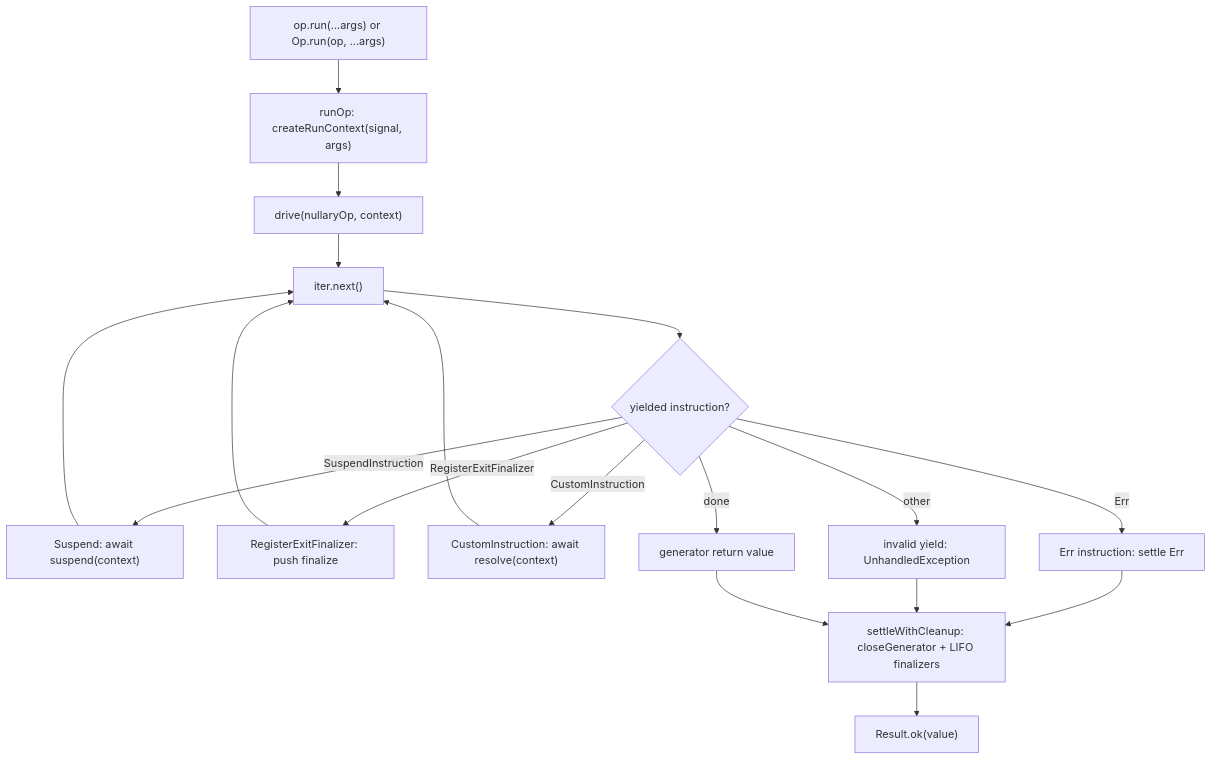
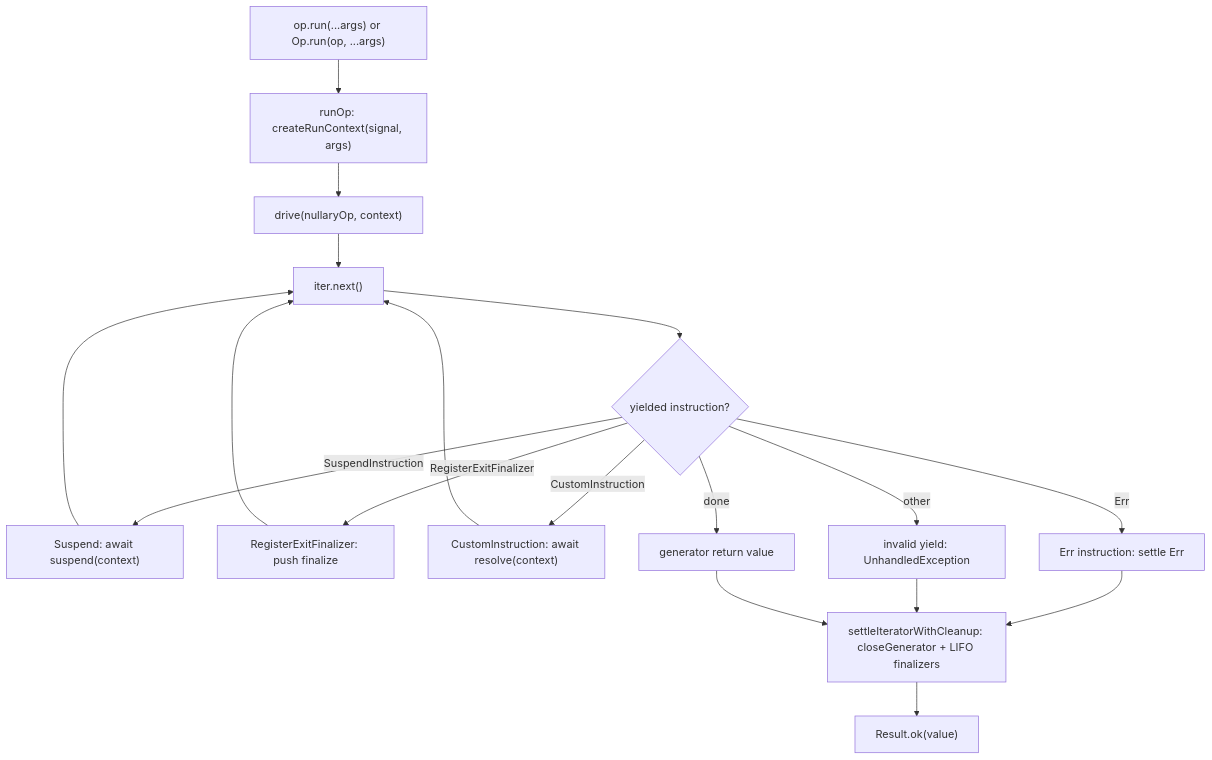
Before and after one commit to trvswgnr/prodkit: the diagram in docs/contributor/runtime-architecture.md, drawn with Mermaid. The commit also changed 3 other files, not shown here.

````diff
--- a/docs/contributor/runtime-architecture.md
+++ b/docs/contributor/runtime-architecture.md
@@ -179,25 +179,25 @@
 ```mermaid
 flowchart TD
   run["op.run(...args) or Op.run(op, ...args)"]
   runOp["runOp: createRunContext(signal, args)"]
   drive["drive(nullaryOp, context)"]
   next["iter.next()"]
   dispatch{"yielded instruction?"}
   suspend["Suspend: await suspend(context)"]
   finalizer["RegisterExitFinalizer: push finalize"]
   custom["CustomInstruction: await resolve(context)"]
   err["Err instruction: settle Err"]
   invalid["invalid yield: UnhandledException"]
   done["generator return value"]
-  settle["settleWithCleanup: closeGenerator + LIFO finalizers"]
+  settle["settleIteratorWithCleanup: closeGenerator + LIFO finalizers"]
   ok["Result.ok(value)"]
 
   run --> runOp --> drive --> next --> dispatch
   dispatch -->|SuspendInstruction| suspend --> next
   dispatch -->|RegisterExitFinalizer| finalizer --> next
   dispatch -->|CustomInstruction| custom --> next
   dispatch -->|Err| err --> settle
   dispatch -->|other| invalid --> settle
   dispatch -->|done| done --> settle
   settle --> ok
 ```
````
